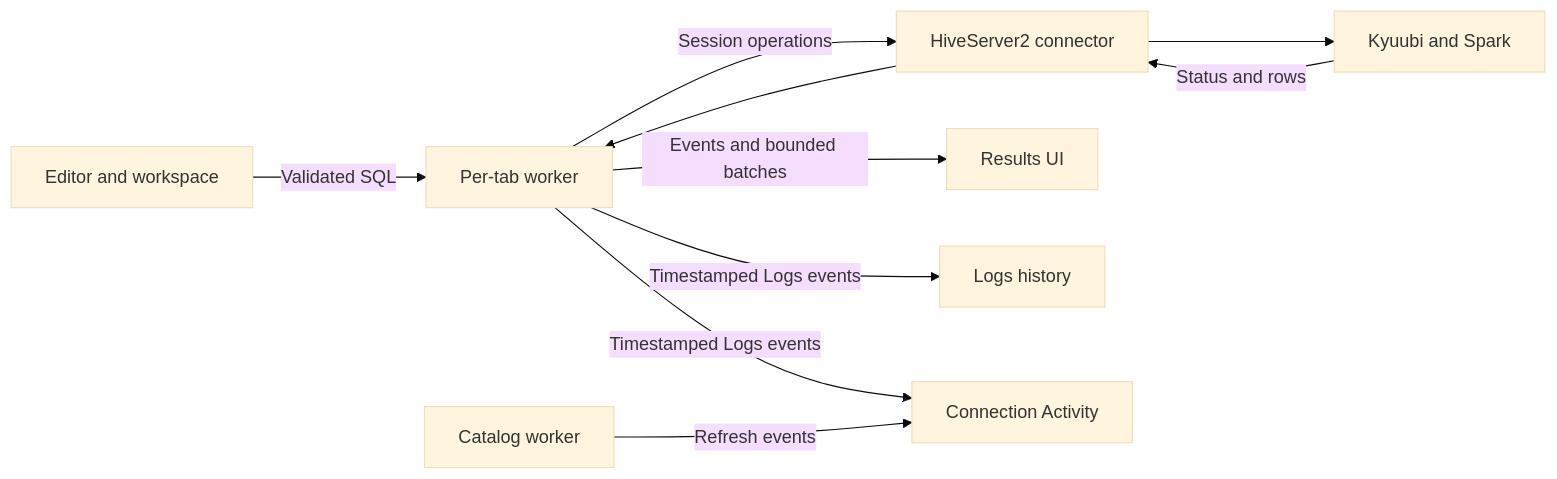
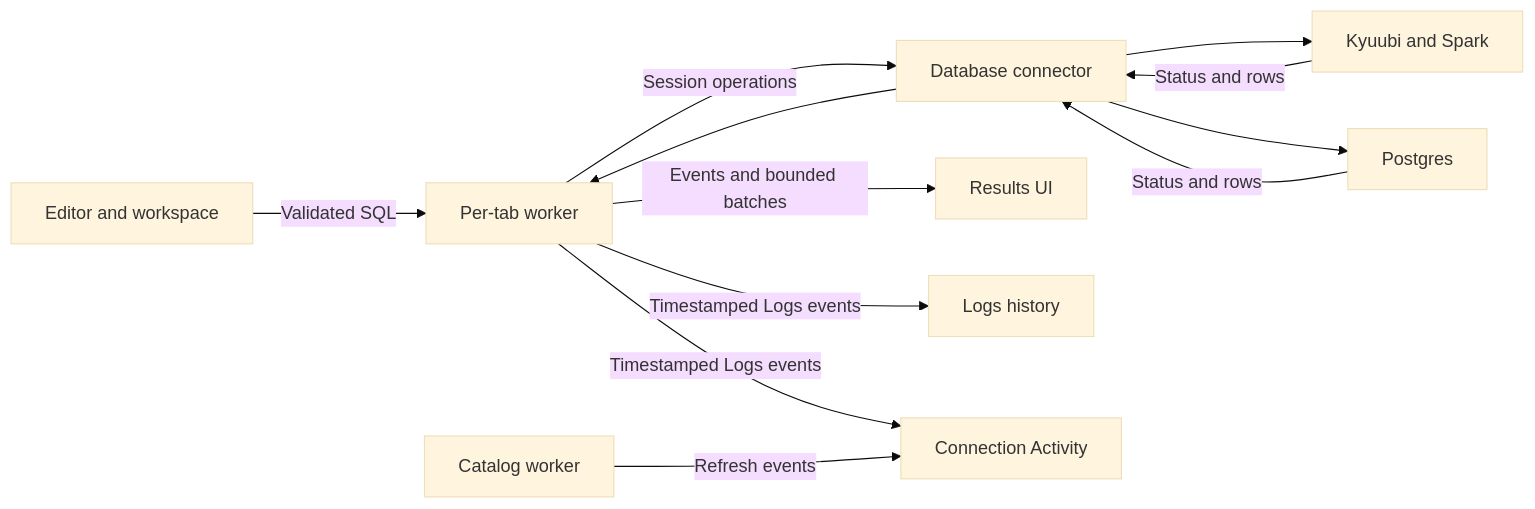
The diagram in docs/architecture.md (vsevolodbazhan/qrow), drawn with Mermaid (base theme) before and after one commit. The commit also changed other lines of this file and 56 other files, not shown here.

````diff
--- a/docs/architecture.md
+++ b/docs/architecture.md
@@ -38,12 +40,14 @@
 ```mermaid
 flowchart LR
     Editor[Editor and workspace] -->|Validated SQL| Worker[Per-tab worker]
-    Worker -->|Session operations| Connector[HiveServer2 connector]
+    Worker -->|Session operations| Connector[Database connector]
     Connector --> Kyuubi[Kyuubi and Spark]
+    Connector --> Postgres[Postgres]
+    Postgres -->|Status and rows| Connector
     Kyuubi -->|Status and rows| Connector
     Connector --> Worker
     Worker -->|Events and bounded batches| Results[Results UI]
     Worker -->|Timestamped Logs events| Logs[Logs history]
     Worker -->|Timestamped Logs events| Activity[Connection Activity]
     Catalog[Catalog worker] -->|Refresh events| Activity
 ```
````
